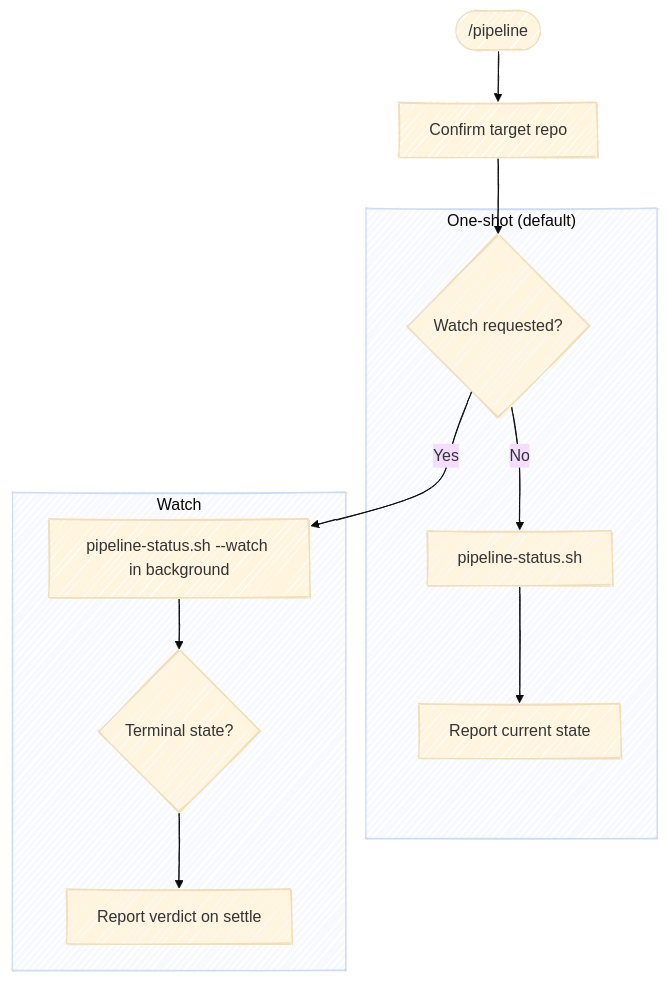
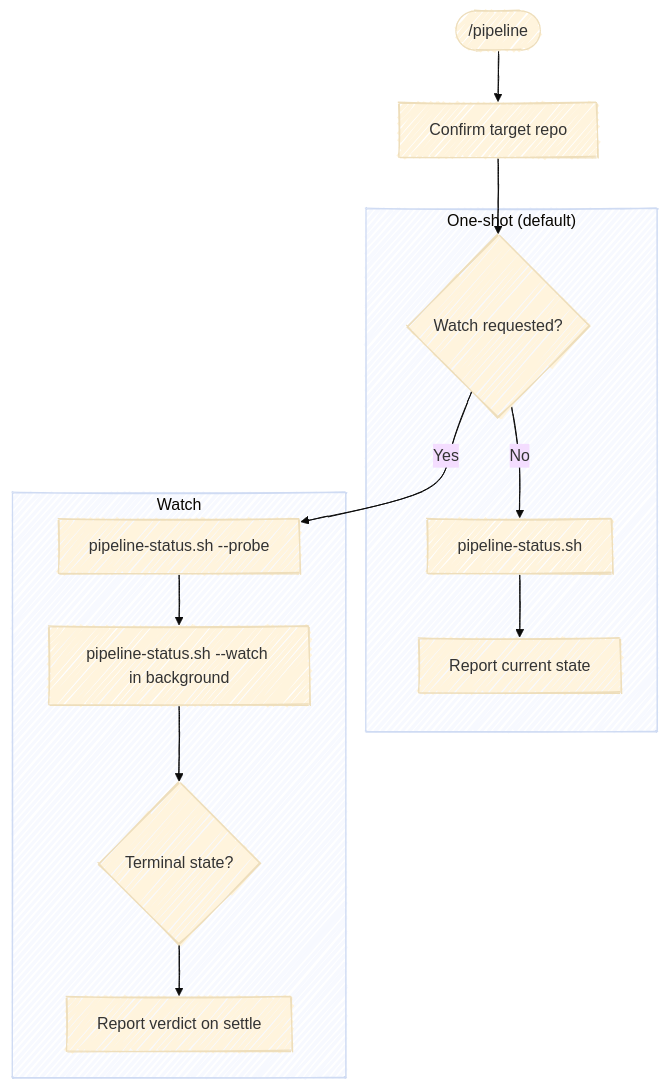
One commit to chris-peterson/anchor changed the diagram in skills/pipeline/SKILL.md. Above: the diagram before and after it, drawn with Mermaid (base theme). The commit also changed other lines of this file and 16 other files, not shown here.

````diff
--- a/skills/pipeline/SKILL.md
+++ b/skills/pipeline/SKILL.md
@@ -27,17 +27,17 @@
 ```mermaid
 %%{ init: { 'look': 'handDrawn' } }%%
 flowchart TD
     Start(["/pipeline"]) --> Repo["Confirm target repo"]
     Repo --> Mode{Watch requested?}
 
     subgraph once["One-shot (default)"]
         Mode -->|No| Once["pipeline-status.sh"]
         Once --> ReportA["Report current state"]
     end
 
     subgraph watch["Watch"]
-        Mode -->|Yes| Watch["pipeline-status.sh --watch in background"]
+        Mode -->|Yes| Probe["pipeline-status.sh --probe"] --> Watch["pipeline-status.sh --watch in background"]
         Watch --> Settle{Terminal state?}
         Settle --> ReportB["Report verdict on settle"]
     end
 ```
````
